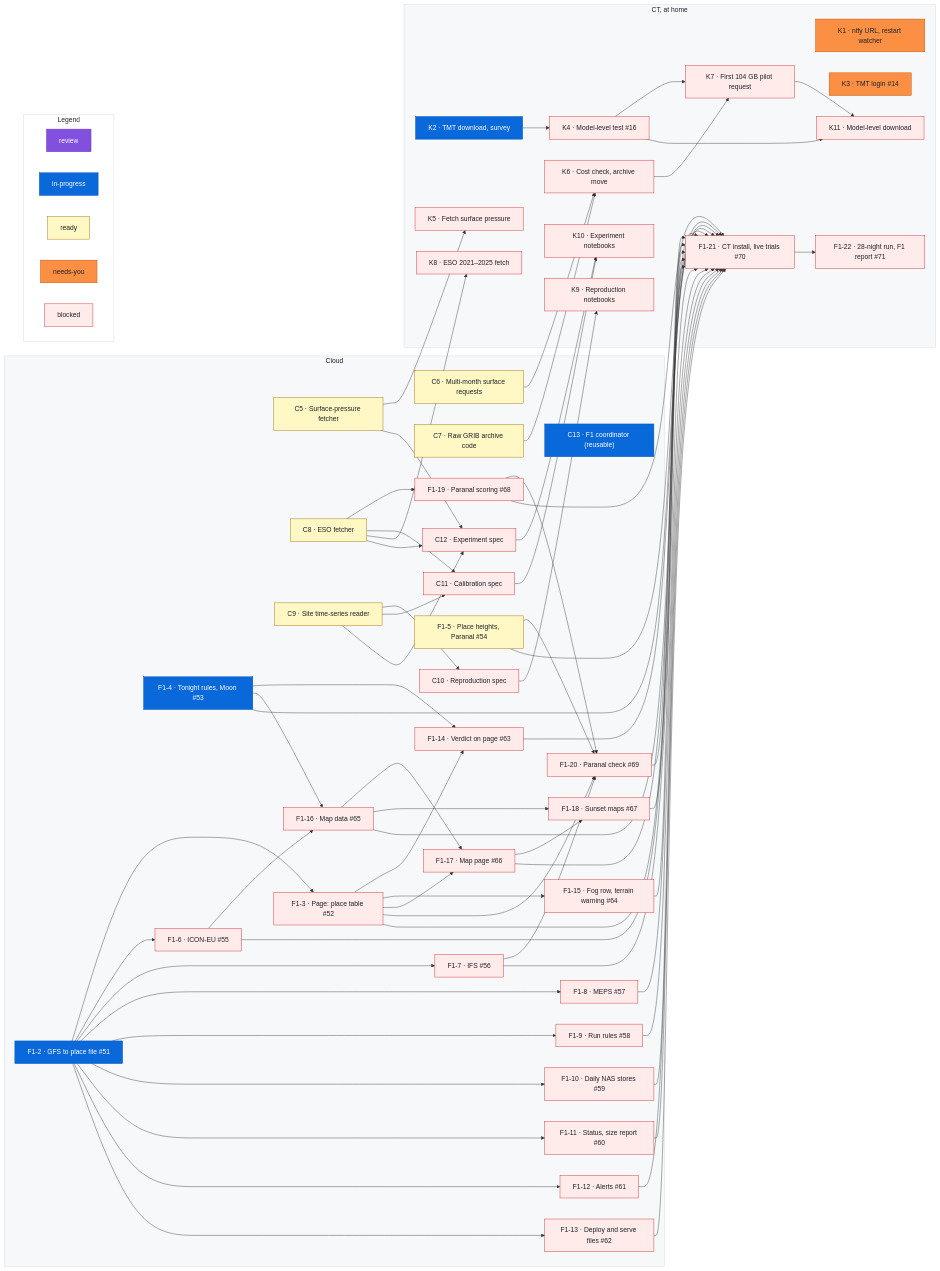
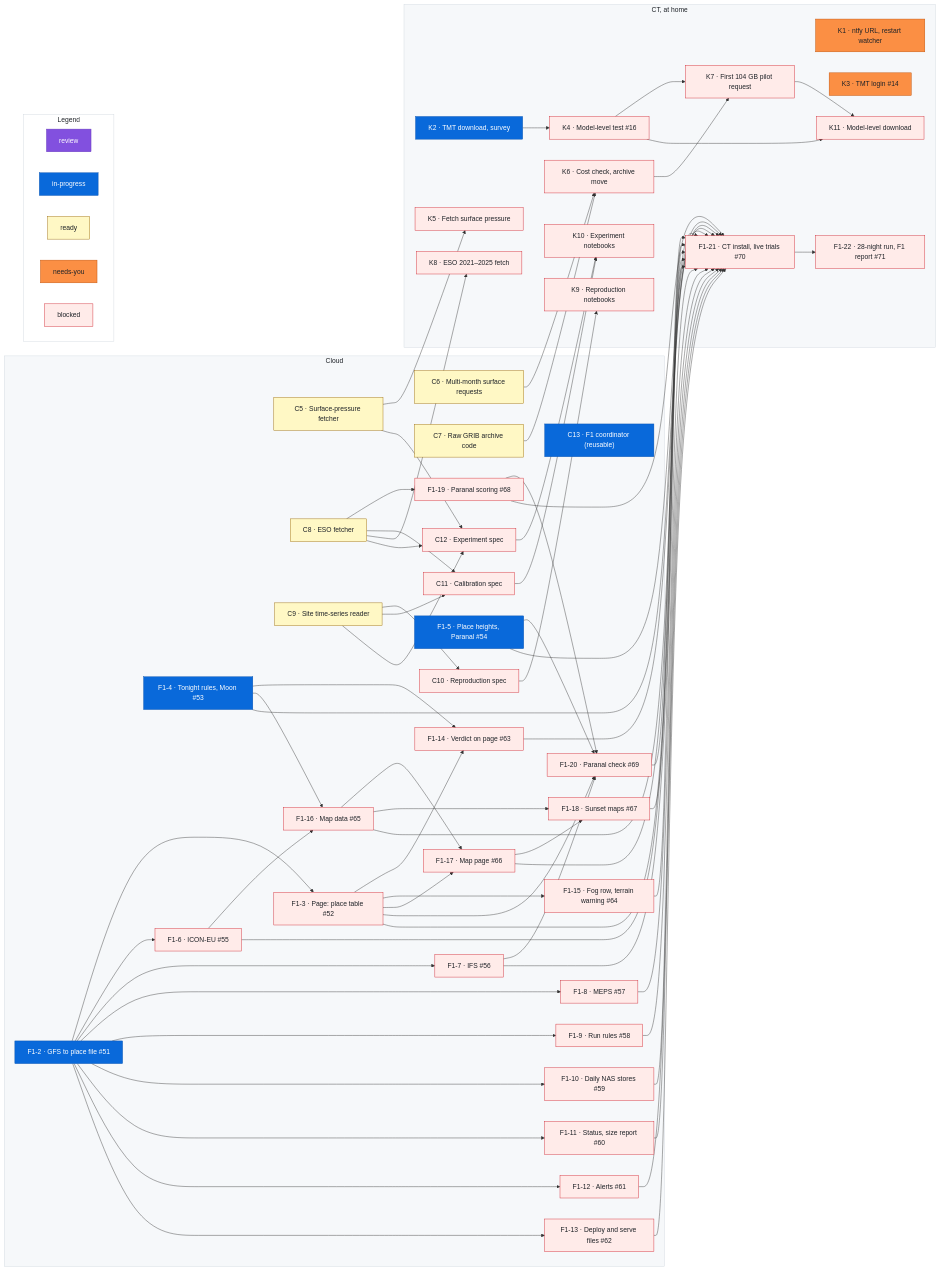
One commit to rrweller/Astro-seeing changed the diagram in docs/roadmap.md. Above: the diagram before and after it, drawn with Mermaid. The commit also changed other lines of this file, not shown here.

Commit message:
roadmap: F1-5 ready → in-progress

```diff
--- a/docs/roadmap.md
+++ b/docs/roadmap.md
@@ -250,7 +250,7 @@
   %% ---
   class F1_4 inprogress
   %% ---
-  class F1_5 ready
+  class F1_5 inprogress
   %% ---
   class F1_6 blocked
   %% ---
```
